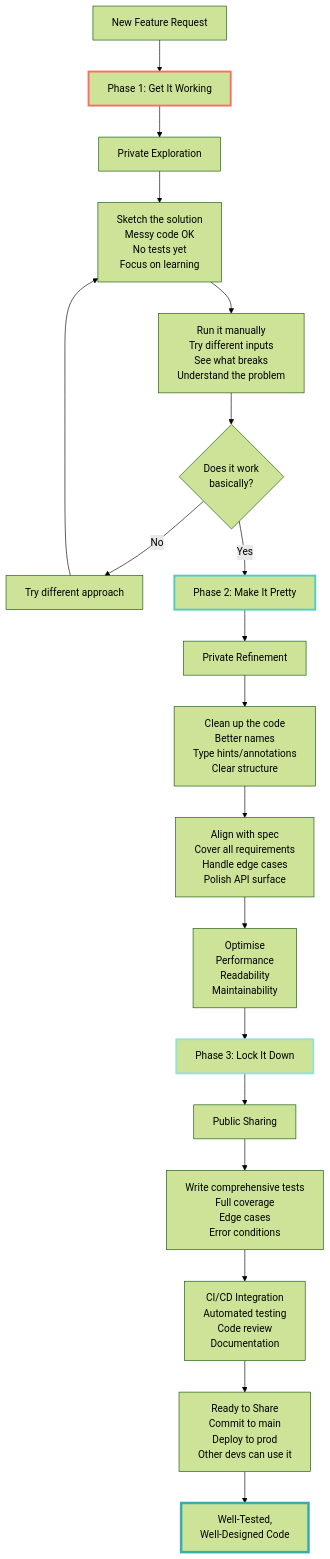
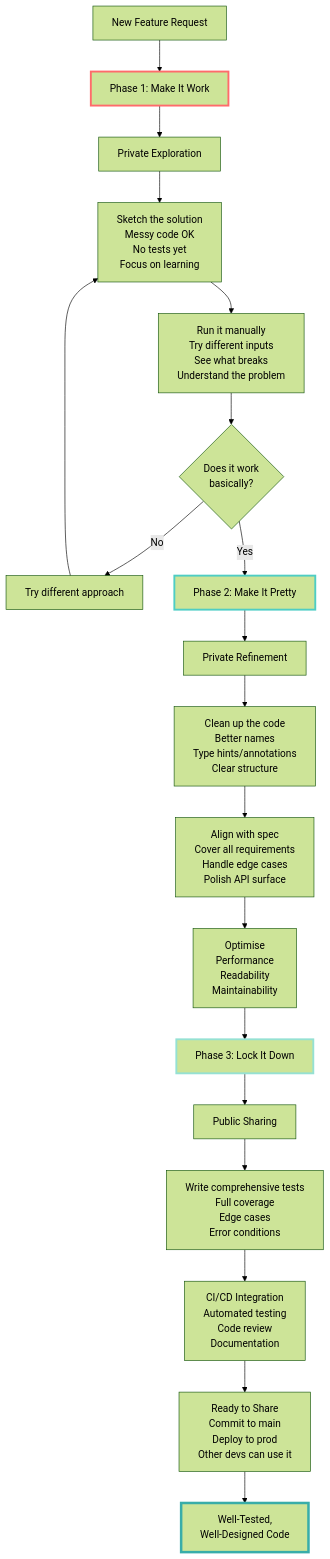
Before and after one commit to scottgal/mostlylucid.dse: the first of 3 diagrams in docs/blog-article-working-pretty-locked.md, drawn with Mermaid (forest theme). The commit also changed other lines of this file, not shown here.

First line of the commit message:
Update title: "How I Build Software: Make It Work, Make It Pretty, Lock It Down"

````diff
--- a/docs/blog-article-working-pretty-locked.md
+++ b/docs/blog-article-working-pretty-locked.md
@@ -20,30 +20,30 @@
 ```mermaid
 graph TB
-    Start[New Feature Request] --> P1[Phase 1: Get It Working]
+    Start[New Feature Request] --> P1[Phase 1: Make It Work]
 
     P1 --> P1_Private[Private Exploration]
     P1_Private --> P1_Sketch["Sketch the solution<br/>Messy code OK<br/>No tests yet<br/>Focus on learning"]
     P1_Sketch --> P1_Run["Run it manually<br/>Try different inputs<br/>See what breaks<br/>Understand the problem"]
     P1_Run --> P1_Decision{Does it work<br/>basically?}
     P1_Decision -->|No| P1_Iterate[Try different approach]
     P1_Iterate --> P1_Sketch
     P1_Decision -->|Yes| P2
 
     P2[Phase 2: Make It Pretty] --> P2_Refine[Private Refinement]
     P2_Refine --> P2_Clean["Clean up the code<br/>Better names<br/>Type hints/annotations<br/>Clear structure"]
     P2_Clean --> P2_Align["Align with spec<br/>Cover all requirements<br/>Handle edge cases<br/>Polish API surface"]
     P2_Align --> P2_Optimise["Optimise<br/>Performance<br/>Readability<br/>Maintainability"]
     P2_Optimise --> P3
 
     P3[Phase 3: Lock It Down] --> P3_Share[Public Sharing]
     P3_Share --> P3_Tests["Write comprehensive tests<br/>Full coverage<br/>Edge cases<br/>Error conditions"]
     P3_Tests --> P3_CI["CI/CD Integration<br/>Automated testing<br/>Code review<br/>Documentation"]
     P3_CI --> P3_Deploy["Ready to Share<br/>Commit to main<br/>Deploy to prod<br/>Other devs can use it"]
 
     P3_Deploy --> Done[Well-Tested,<br/>Well-Designed Code]
 
     style P1 stroke:#ff6b6b,stroke-width:3px
     style P2 stroke:#4ecdc4,stroke-width:3px
     style P3 stroke:#95e1d3,stroke-width:3px
     style Done stroke:#38ada9,stroke-width:4px
 ```
````
